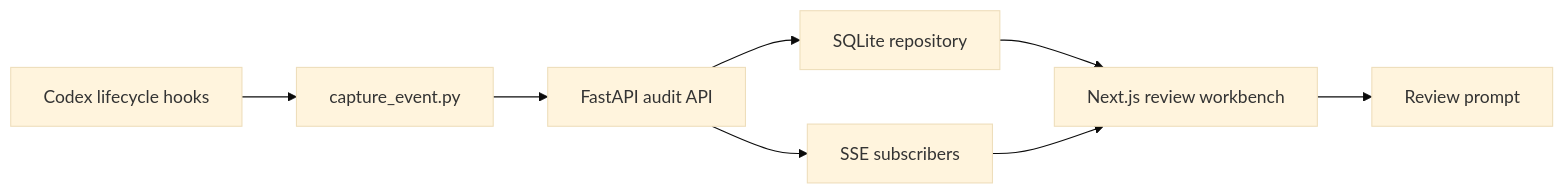
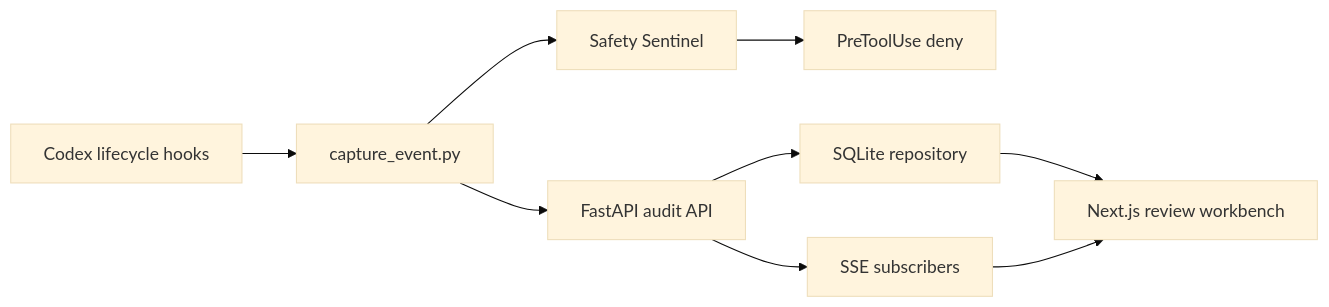
One commit to sorenjing/EvolveTrace changed the diagram in DESIGN.md. Above: the diagram before and after it, drawn with Mermaid (base theme). The commit also changed other lines of this file, not shown here.

Commit message:
docs: evolve design to include local safety guard

````diff
--- a/DESIGN.md
+++ b/DESIGN.md
@@ -21,10 +22,11 @@
 ```mermaid
 flowchart LR
     A["Codex lifecycle hooks"] --> B["capture_event.py"]
-    B --> C["FastAPI audit API"]
-    C --> D["SQLite repository"]
-    C --> E["SSE subscribers"]
-    D --> F["Next.js review workbench"]
-    E --> F
-    F --> G["Review prompt"]
+    B --> C["Safety Sentinel"]
+    B --> D["FastAPI audit API"]
+    C --> E["PreToolUse deny"]
+    D --> F["SQLite repository"]
+    D --> G["SSE subscribers"]
+    F --> H["Next.js review workbench"]
+    G --> H
 ```
````
